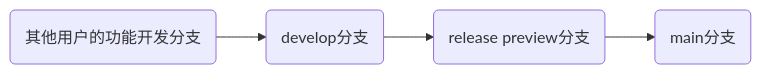
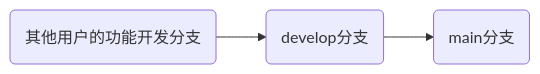
Before and after one commit to xystudio889/pyClickMouse: the diagram in CONTRIBUTING.md, drawn with Mermaid. The commit also changed other lines of this file and 2 other files, not shown here.

````diff
--- a/CONTRIBUTING.md
+++ b/CONTRIBUTING.md
@@ -85,6 +74,5 @@
 ```mermaid
 graph LR
 A(其他用户的功能开发分支) --> B(develop分支)
-B --> C(release preview分支)
-C --> D(main分支)
+B --> C(main分支)
 ```
````
